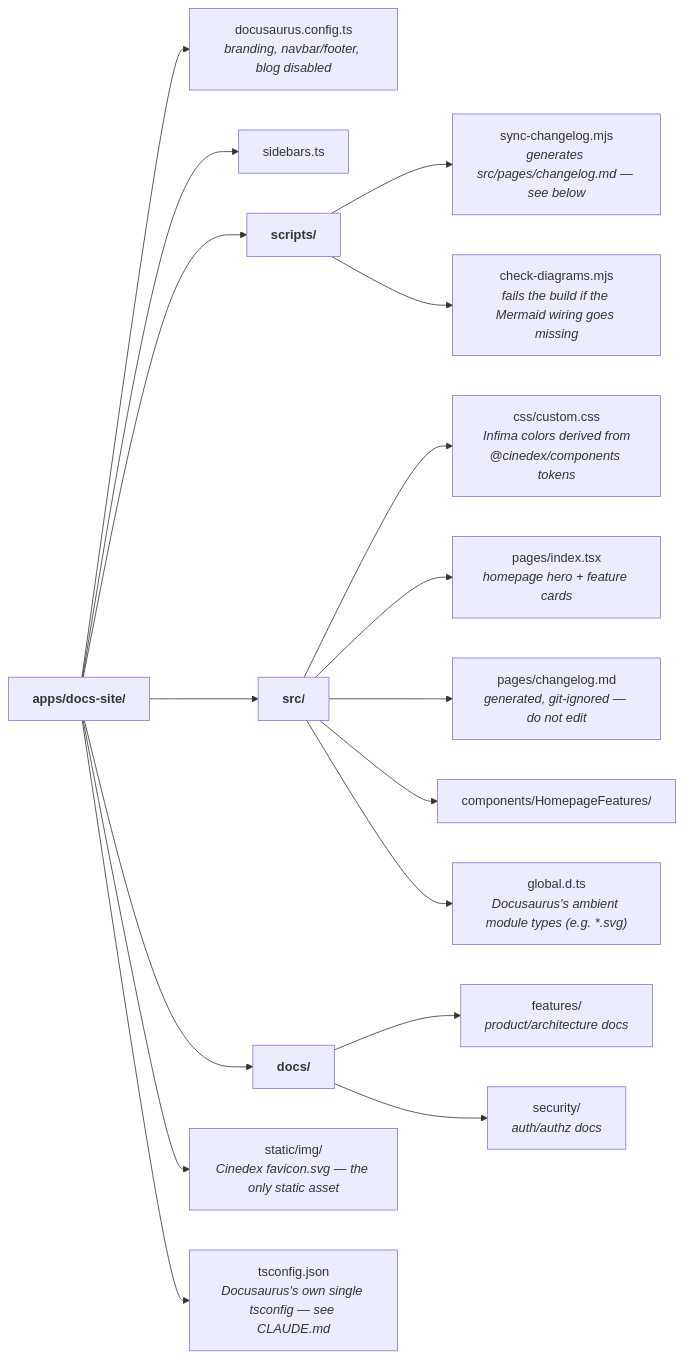
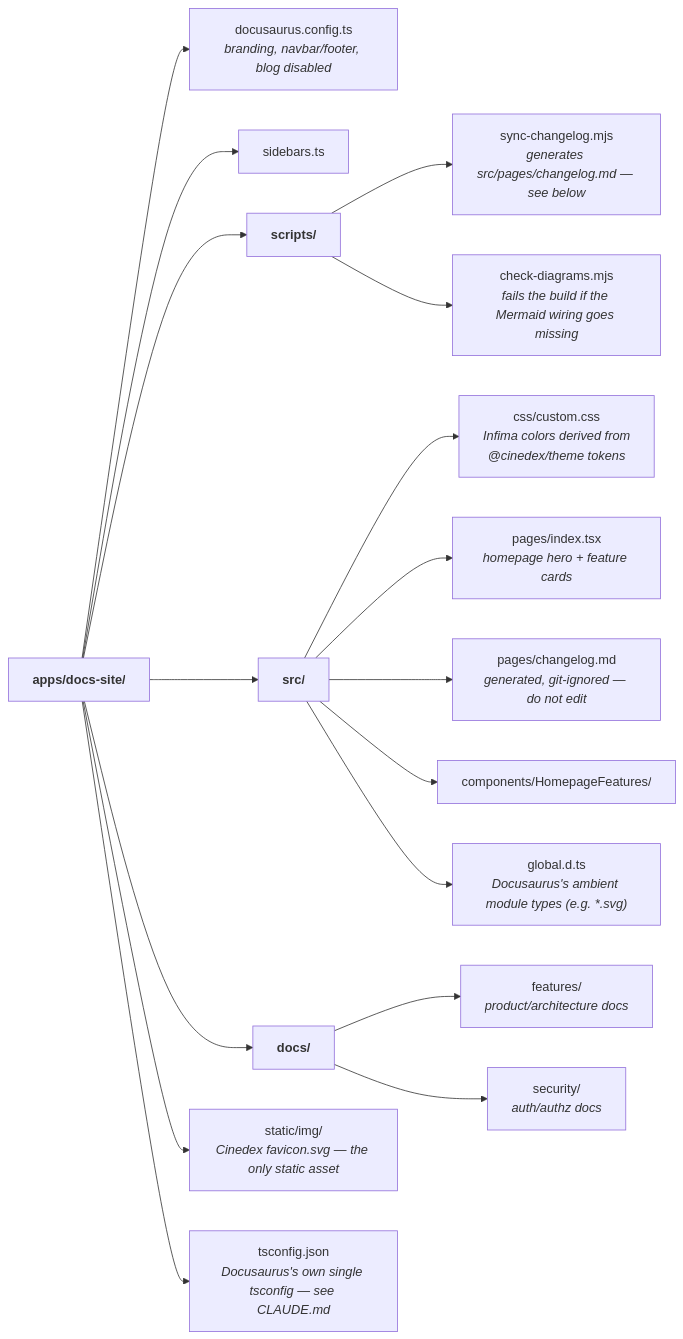
One commit to felipedferreira/Cinedex changed the diagram in frontend/apps/docs-site/README.md. Above: the diagram before and after it, drawn with Mermaid. The commit also changed other lines of this file and 200 other files, not shown here.

Commit message:
refactor(frontend): split @cinedex/components into theme + atoms + compounds + solution (#58)

````diff
--- a/frontend/apps/docs-site/README.md
+++ b/frontend/apps/docs-site/README.md
@@ -16,24 +16,24 @@
 ```mermaid
 flowchart LR
     DS["<b>apps/docs-site/</b>"]
 
     DS --> CFG["docusaurus.config.ts<br/><i>branding, navbar/footer, blog disabled</i>"]
     DS --> SB["sidebars.ts"]
     DS --> SCRIPTS["<b>scripts/</b>"]
     DS --> SRC["<b>src/</b>"]
     DS --> DOCS["<b>docs/</b>"]
     DS --> STATIC["static/img/<br/><i>Cinedex favicon.svg — the only static asset</i>"]
     DS --> TS["tsconfig.json<br/><i>Docusaurus's own single tsconfig — see CLAUDE.md</i>"]
 
     SCRIPTS --> S1["sync-changelog.mjs<br/><i>generates src/pages/changelog.md — see below</i>"]
     SCRIPTS --> S2["check-diagrams.mjs<br/><i>fails the build if the Mermaid wiring goes missing</i>"]
 
-    SRC --> R1["css/custom.css<br/><i>Infima colors derived from<br/>@cinedex/components tokens</i>"]
+    SRC --> R1["css/custom.css<br/><i>Infima colors derived from<br/>@cinedex/theme tokens</i>"]
     SRC --> R2["pages/index.tsx<br/><i>homepage hero + feature cards</i>"]
     SRC --> R3["pages/changelog.md<br/><i>generated, git-ignored — do not edit</i>"]
     SRC --> R4["components/HomepageFeatures/"]
     SRC --> R5["global.d.ts<br/><i>Docusaurus's ambient module types (e.g. *.svg)</i>"]
 
     DOCS --> D1["features/<br/><i>product/architecture docs</i>"]
     DOCS --> D2["security/<br/><i>auth/authz docs</i>"]
 ```
````
